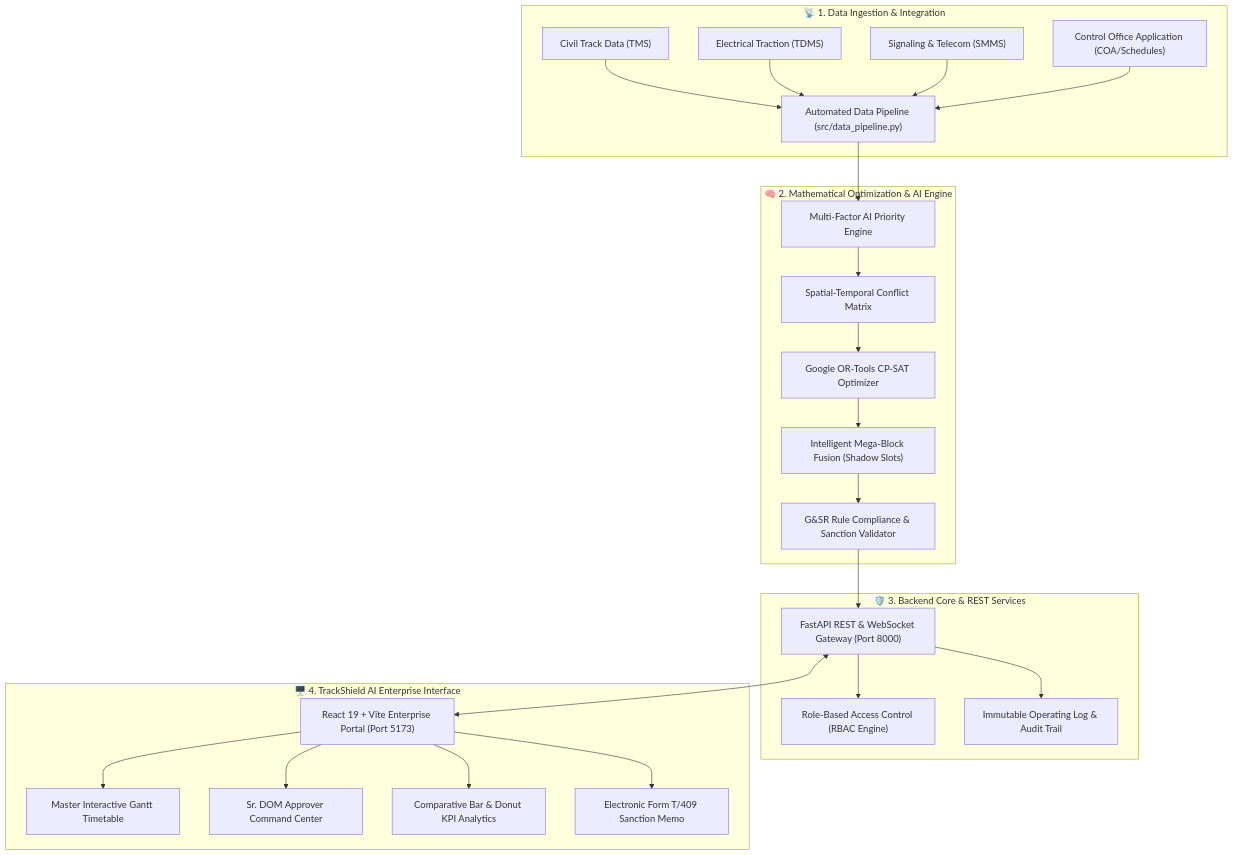
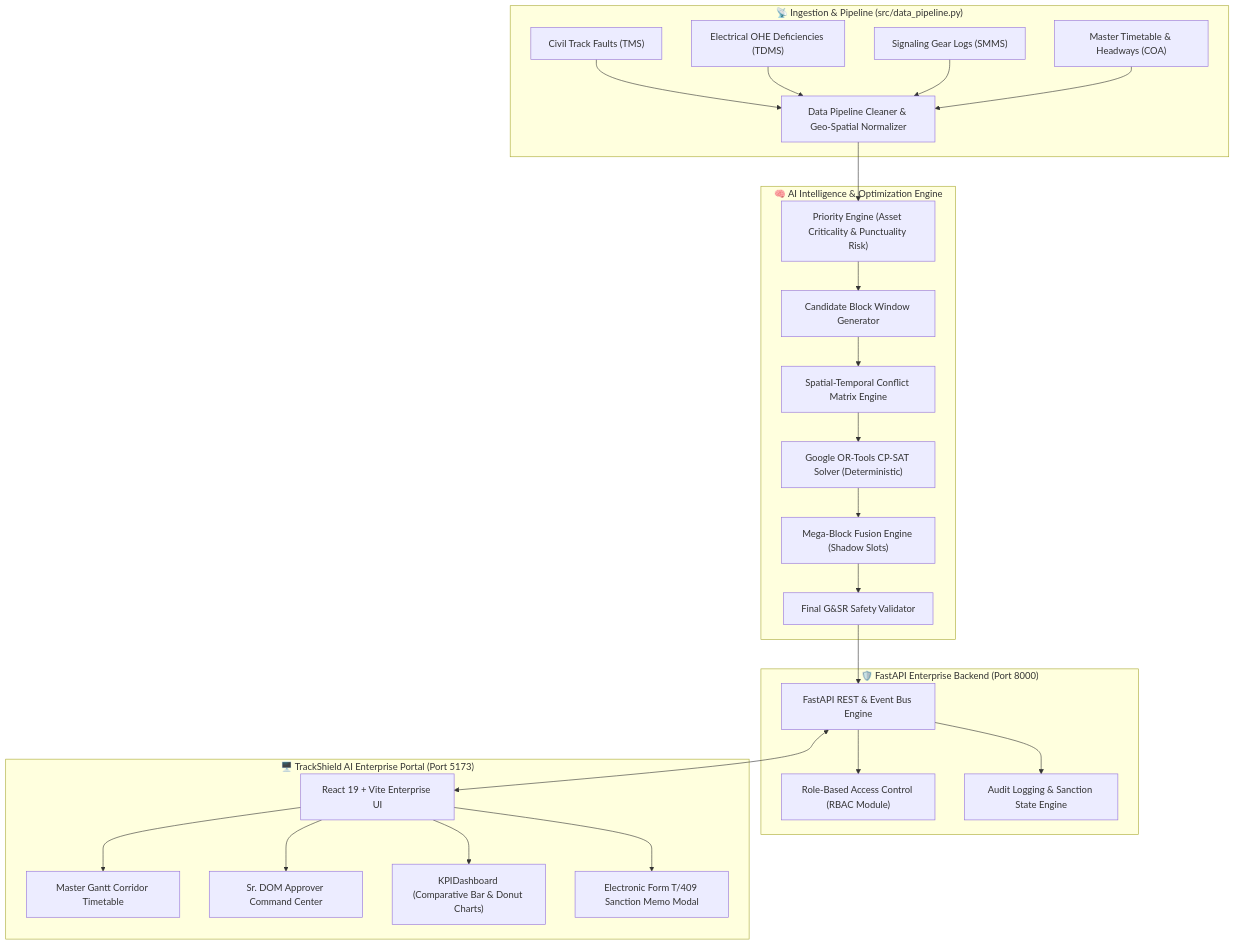
The diagram in README.md (ranakeval53-cmd/SIH2026), drawn with Mermaid before and after one commit. The commit also changed other lines of this file and 1 other file, not shown here.

Commit message:
docs: add exhaustive TrackShield AI documentation covering architecture, workflow, RBAC, optimization, and APIs

````diff
--- a/README.md
+++ b/README.md
@@ -30,35 +155,33 @@
 ```mermaid
 flowchart TD
-    subgraph Data_Layer ["📡 1. Data Ingestion & Integration"]
-        TMS["Civil Track Data (TMS)"]
-        TDMS["Electrical Traction (TDMS)"]
-        SMMS["Signaling & Telecom (SMMS)"]
-        COA["Control Office Application (COA/Schedules)"]
-        TMS --> Pipeline["Automated Data Pipeline (src/data_pipeline.py)"]
-        TDMS --> Pipeline
-        SMMS --> Pipeline
-        COA --> Pipeline
+    subgraph Data_Pipeline ["📡 Ingestion & Pipeline (src/data_pipeline.py)"]
+        A1["Civil Track Faults (TMS)"]
+        A2["Electrical OHE Deficiencies (TDMS)"]
+        A3["Signaling Gear Logs (SMMS)"]
+        A4["Master Timetable & Headways (COA)"]
+        A1 & A2 & A3 & A4 --> B1["Data Pipeline Cleaner & Geo-Spatial Normalizer"]
     end
 
-    subgraph AI_Engine ["🧠 2. Mathematical Optimization & AI Engine"]
-        Pipeline --> Priority["Multi-Factor AI Priority Engine"]
-        Priority --> Conflict["Spatial-Temporal Conflict Matrix"]
-        Conflict --> CPSAT["Google OR-Tools CP-SAT Optimizer"]
-        CPSAT --> Fusion["Intelligent Mega-Block Fusion (Shadow Slots)"]
-        Fusion --> Validator["G&SR Rule Compliance & Sanction Validator"]
+    subgraph AI_Engine ["🧠 AI Intelligence & Optimization Engine"]
+        B1 --> C1["Priority Engine (Asset Criticality & Punctuality Risk)"]
+        C1 --> C2["Candidate Block Window Generator"]
+        C2 --> C3["Spatial-Temporal Conflict Matrix Engine"]
+        C3 --> C4["Google OR-Tools CP-SAT Solver (Deterministic)"]
+        C4 --> C5["Mega-Block Fusion Engine (Shadow Slots)"]
+        C5 --> C6["Final G&SR Safety Validator"]
     end
 
-    subgraph Operational_Core ["🛡️ 3. Backend Core & REST Services"]
-        Validator --> API["FastAPI REST & WebSocket Gateway (Port 8000)"]
-        API --> RBAC["Role-Based Access Control (RBAC Engine)"]
-        API --> Audit["Immutable Operating Log & Audit Trail"]
+    subgraph Backend_Gateway ["🛡️ FastAPI Enterprise Backend (Port 8000)"]
+        C6 --> D1["FastAPI REST & Event Bus Engine"]
+        D1 --> D2["Role-Based Access Control (RBAC Module)"]
+        D1 --> D3["Audit Logging & Sanction State Engine"]
     end
 
-    subgraph Frontend_App ["🖥️ 4. TrackShield AI Enterprise Interface"]
-        API <--> Client["React 19 + Vite Enterprise Portal (Port 5173)"]
-        Client --> Gantt["Master Interactive Gantt Timetable"]
-        Client --> Approver["Sr. DOM Approver Command Center"]
-        Client --> Analytics["Comparative Bar & Donut KPI Analytics"]
-        Client --> Memo["Electronic Form T/409 Sanction Memo"]
+    subgraph Frontend_UI ["🖥️ TrackShield AI Enterprise Portal (Port 5173)"]
+        D1 <--> E1["React 19 + Vite Enterprise UI"]
+        E1 --> E2["Master Gantt Corridor Timetable"]
+        E1 --> E3["Sr. DOM Approver Command Center"]
+        E1 --> E4["KPIDashboard (Comparative Bar & Donut Charts)"]
+        E1 --> E5["Electronic Form T/409 Sanction Memo Modal"]
     end
 ```
````
